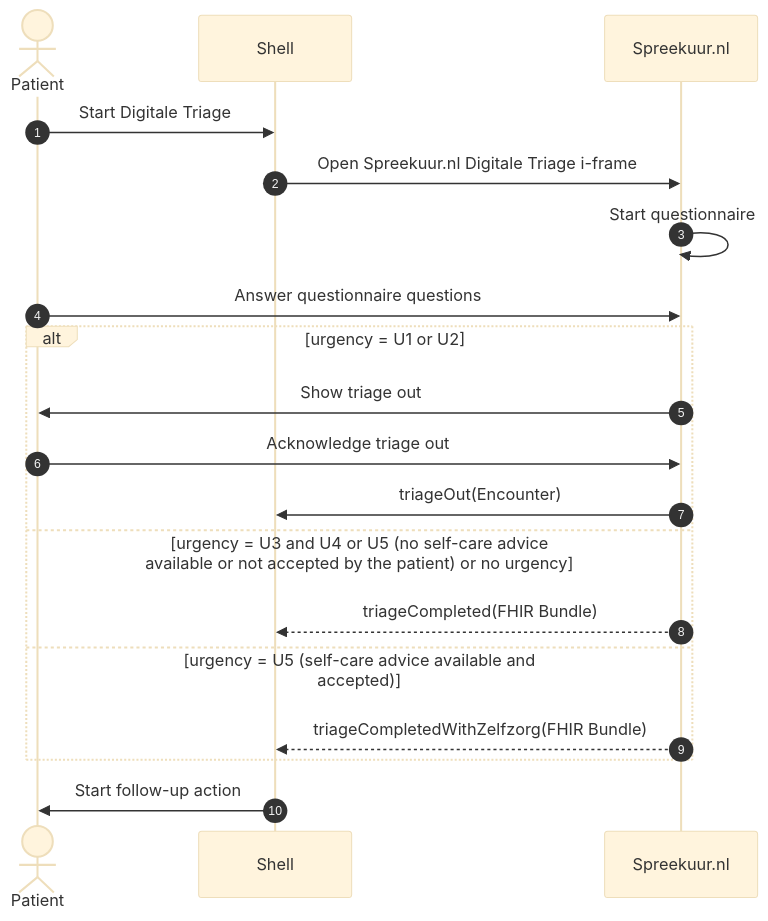
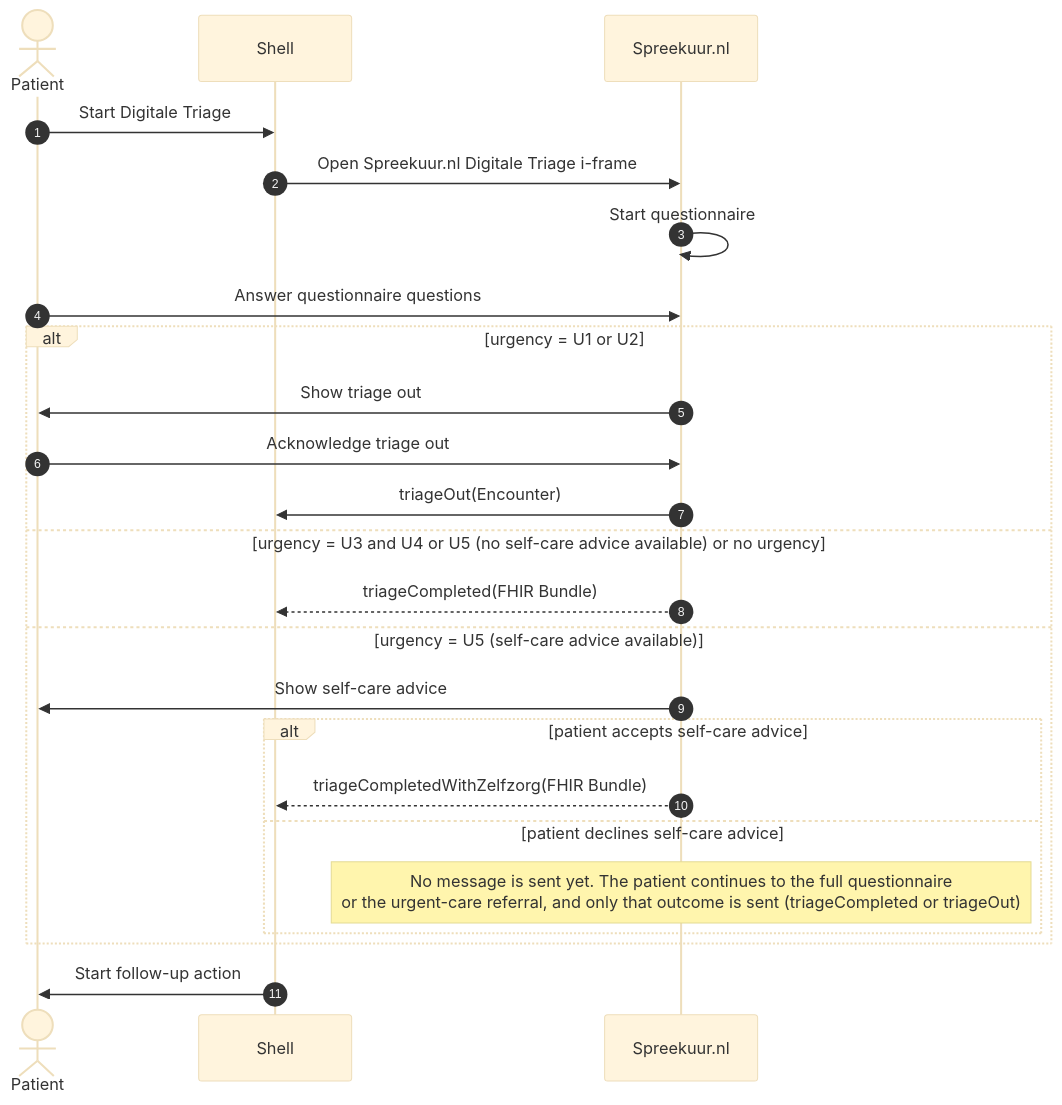
The diagram in docs/features/digitale-triage/digitale-triage.md (topicushealthcare/spreekuur-docs), drawn with Mermaid (base theme) before and after one commit. The commit also changed other lines of this file, not shown here.

Commit message:
SCON-10314 Digitale triage docs bijwerken naar huidige iframe-flow (#186)

````diff
--- a/docs/features/digitale-triage/digitale-triage.md
+++ b/docs/features/digitale-triage/digitale-triage.md
@@ -16,22 +16,27 @@
 ```mermaid
 sequenceDiagram
     autonumber
     actor P as Patient
     participant shell as Shell
     participant SU as Spreekuur.nl
 
     P->>shell: Start Digitale Triage
     shell->>SU: Open Spreekuur.nl Digitale Triage i-frame
     SU->>SU: Start questionnaire
     P->>SU: Answer questionnaire questions
     alt urgency = U1 or U2
         SU->>P: Show triage out
         P->>SU: Acknowledge triage out
         SU->>shell: triageOut(Encounter)
-    else urgency = U3 and U4 or U5 (no self-care advice available or not accepted by the patient) or no urgency
+    else urgency = U3 and U4 or U5 (no self-care advice available) or no urgency
         SU-->>shell: triageCompleted(FHIR Bundle)
-    else urgency = U5 (self-care advice available and accepted)
-        SU-->>shell: triageCompletedWithZelfzorg(FHIR Bundle)    
+    else urgency = U5 (self-care advice available)
+        SU->>P: Show self-care advice
+        alt patient accepts self-care advice
+            SU-->>shell: triageCompletedWithZelfzorg(FHIR Bundle)
+        else patient declines self-care advice
+            Note over SU: No message is sent yet. The patient continues to the full questionnaire<br/>or the urgent-care referral, and only that outcome is sent (triageCompleted or triageOut)
+        end
     end
     shell->>P: Start follow-up action
 ```
````
